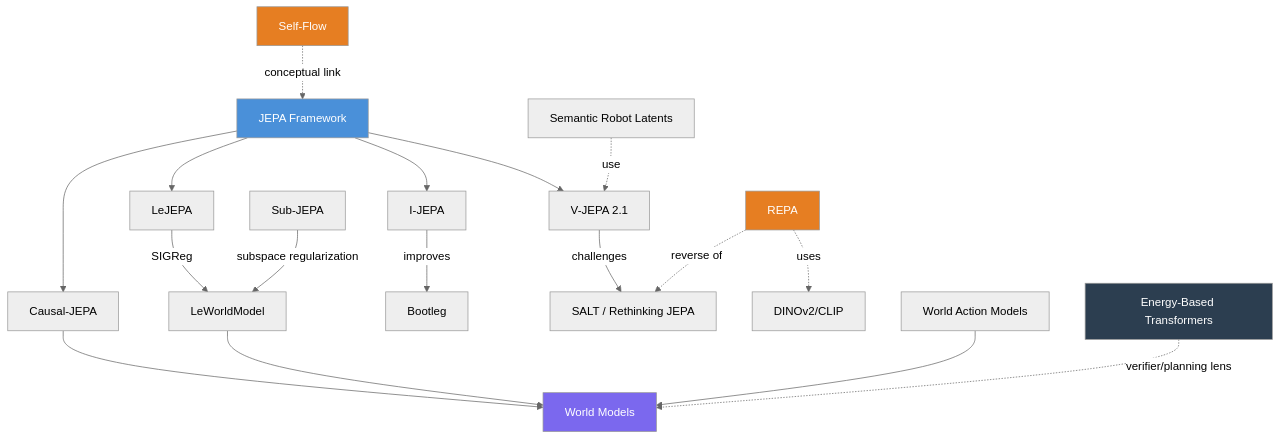
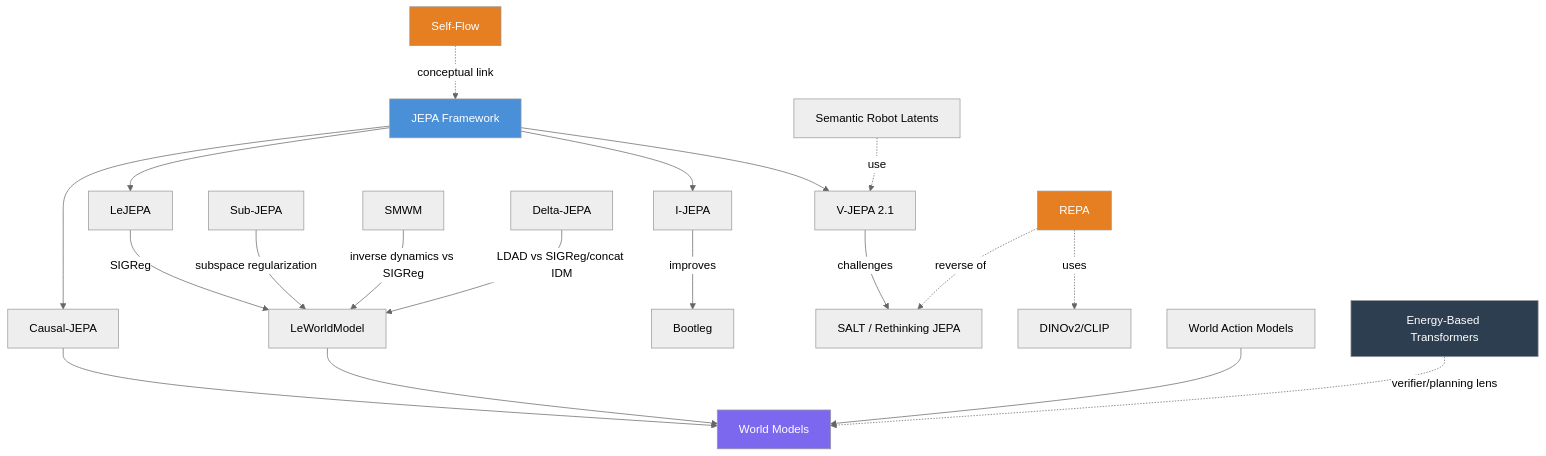
One commit to sumeirsoni/llm-wiki-research changed the diagram in wiki/overview.md. Above: the diagram before and after it, drawn with Mermaid (neutral theme). The commit also changed other lines of this file and 32 other files, not shown here.

````diff
--- a/wiki/overview.md
+++ b/wiki/overview.md
@@ -94,28 +112,30 @@
 ```mermaid
 graph TD
     JEPA[JEPA Framework] --> VJEPA[V-JEPA 2.1]
     JEPA --> IJEPA[I-JEPA]
     JEPA --> LeJEPA[LeJEPA]
     JEPA --> CJEPA[Causal-JEPA]
     
     LeJEPA -->|SIGReg| LeWM[LeWorldModel]
     IJEPA -->|improves| Bootleg[Bootleg]
     VJEPA -->|challenges| SALT[SALT / Rethinking JEPA]
     
     CJEPA --> WM[World Models]
     LeWM --> WM
     
     SelfFlow[Self-Flow] -.->|conceptual link| JEPA
     REPA[REPA] -.->|uses| DINOv2[DINOv2/CLIP]
     REPA -.->|reverse of| SALT
     SubJEPA[Sub-JEPA] -->|subspace regularization| LeWM
+    SMWM[SMWM] -->|inverse dynamics vs SIGReg| LeWM
+    DeltaJEPA[Delta-JEPA] -->|LDAD vs SIGReg/concat IDM| LeWM
     SemLatents[Semantic Robot Latents] -.->|use| VJEPA
     WAM[World Action Models] --> WM
     EBT[Energy-Based Transformers] -.->|verifier/planning lens| WM
     
     style JEPA fill:#4a90d9,color:#fff
     style WM fill:#7b68ee,color:#fff
     style SelfFlow fill:#e67e22,color:#fff
     style REPA fill:#e67e22,color:#fff
     style EBT fill:#2c3e50,color:#fff
 ```
````
